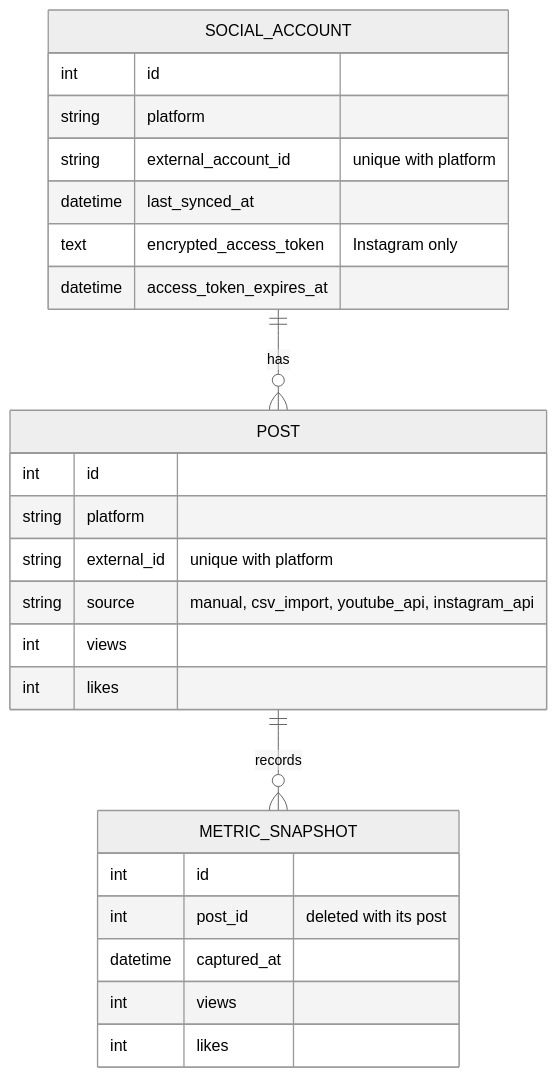
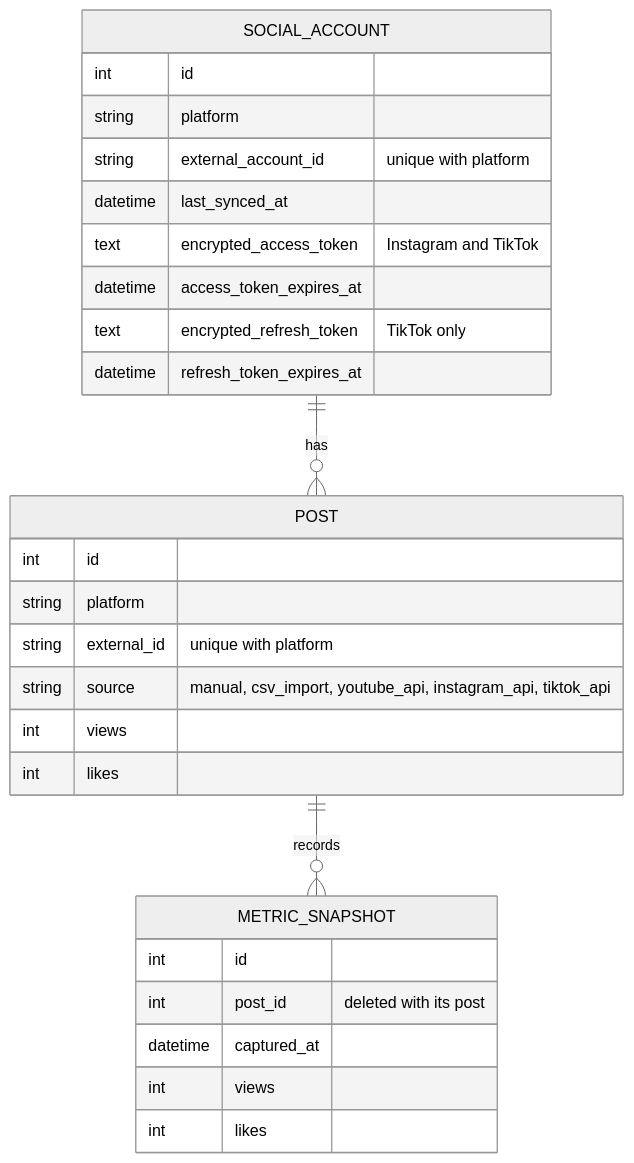
Before and after one commit to DuhShmere/Social-Media-Analytics-Tool: the second of 2 diagrams in docs/ARCHITECTURE.md, drawn with Mermaid (neutral theme). The commit also changed other lines of this file and 1 other file, not shown here.

First line of the commit message:
Document TikTok setup and architecture

````diff
--- a/docs/ARCHITECTURE.md
+++ b/docs/ARCHITECTURE.md
@@ -35,28 +36,30 @@
 ```mermaid
 erDiagram
     SOCIAL_ACCOUNT ||--o{ POST : "has"
     POST ||--o{ METRIC_SNAPSHOT : "records"
     SOCIAL_ACCOUNT {
         int id
         string platform
         string external_account_id "unique with platform"
         datetime last_synced_at
-        text encrypted_access_token "Instagram only"
+        text encrypted_access_token "Instagram and TikTok"
         datetime access_token_expires_at
+        text encrypted_refresh_token "TikTok only"
+        datetime refresh_token_expires_at
     }
     POST {
         int id
         string platform
         string external_id "unique with platform"
-        string source "manual, csv_import, youtube_api, instagram_api"
+        string source "manual, csv_import, youtube_api, instagram_api, tiktok_api"
         int views
         int likes
     }
     METRIC_SNAPSHOT {
         int id
         int post_id "deleted with its post"
         datetime captured_at
         int views
         int likes
     }
 ```
````
